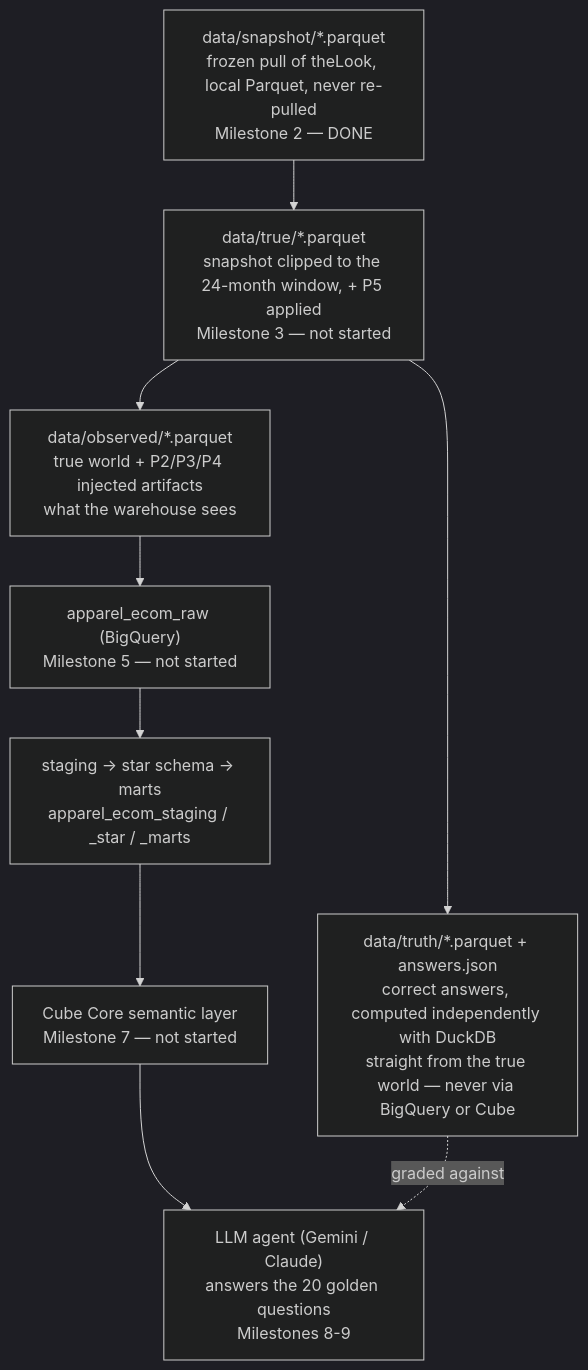
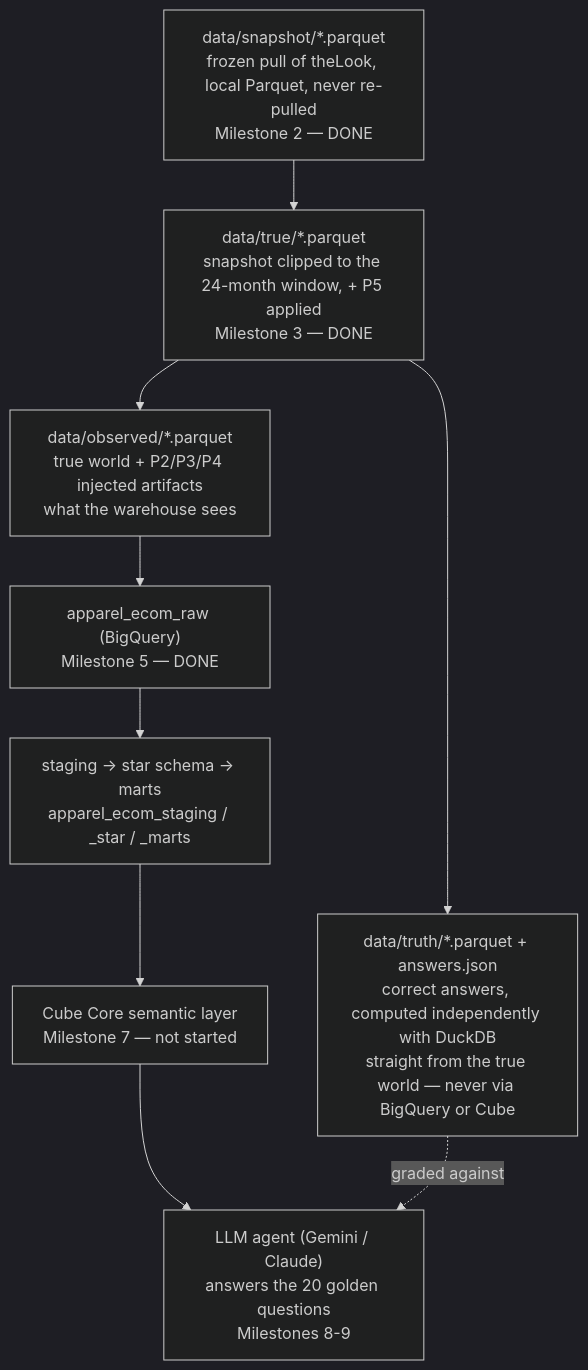
One commit to mojtaba-peyrovi/klarix-semantic-benchmark changed the first of 2 diagrams in README.md. Above: the diagram before and after it, drawn with Mermaid (dark theme). The commit also changed other lines of this file, not shown here.

First line of the commit message:
Add star schema ERD to README

````diff
--- a/README.md
+++ b/README.md
@@ -39,20 +39,20 @@
 ```mermaid
 graph TD
     A["data/snapshot/*.parquet<br/>frozen pull of theLook, local Parquet, never re-pulled<br/>Milestone 2 — DONE"]
-    B["data/true/*.parquet<br/>snapshot clipped to the 24-month window, + P5 applied<br/>Milestone 3 — not started"]
+    B["data/true/*.parquet<br/>snapshot clipped to the 24-month window, + P5 applied<br/>Milestone 3 — DONE"]
     C["data/observed/*.parquet<br/>true world + P2/P3/P4 injected artifacts<br/>what the warehouse sees"]
     D["data/truth/*.parquet + answers.json<br/>correct answers, computed independently with DuckDB<br/>straight from the true world — never via BigQuery or Cube"]
-    E["apparel_ecom_raw (BigQuery)<br/>Milestone 5 — not started"]
+    E["apparel_ecom_raw (BigQuery)<br/>Milestone 5 — DONE"]
     F["staging → star schema → marts<br/>apparel_ecom_staging / _star / _marts"]
     G["Cube Core semantic layer<br/>Milestone 7 — not started"]
     H["LLM agent (Gemini / Claude)<br/>answers the 20 golden questions<br/>Milestones 8-9"]
 
     A --> B
     B --> C
     B --> D
     C --> E
     E --> F
     F --> G
     G --> H
     D -. graded against .-> H
 ```
````
